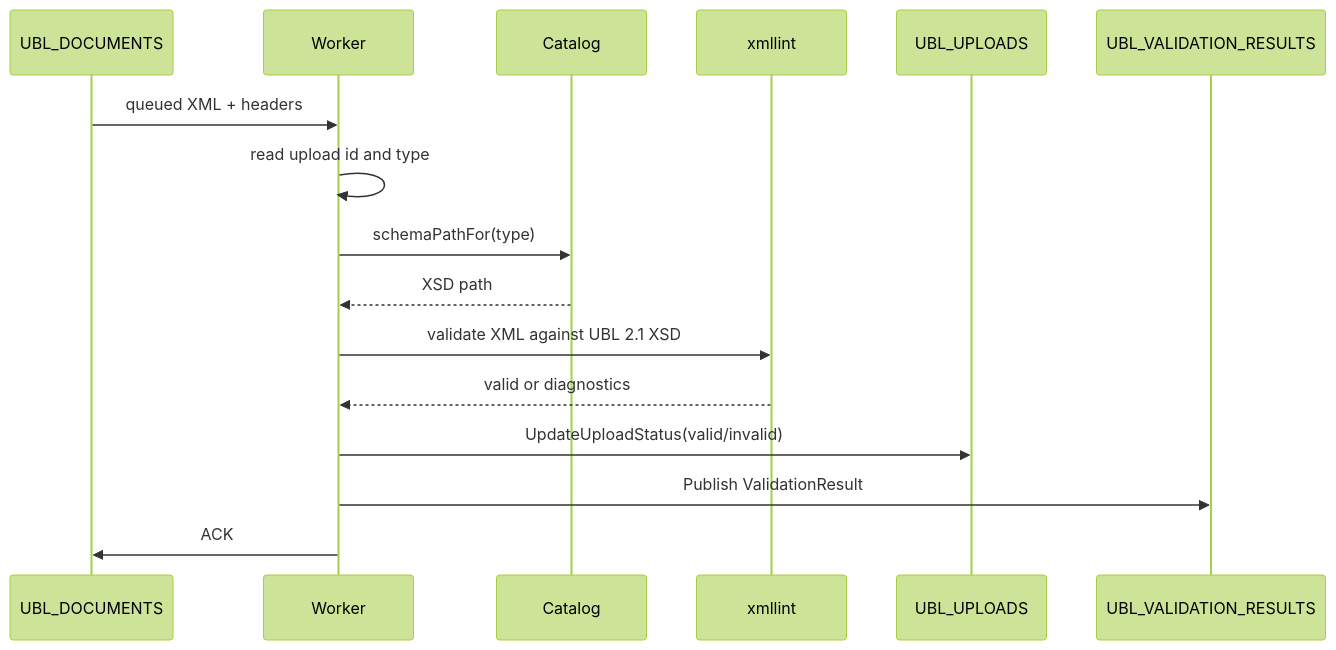
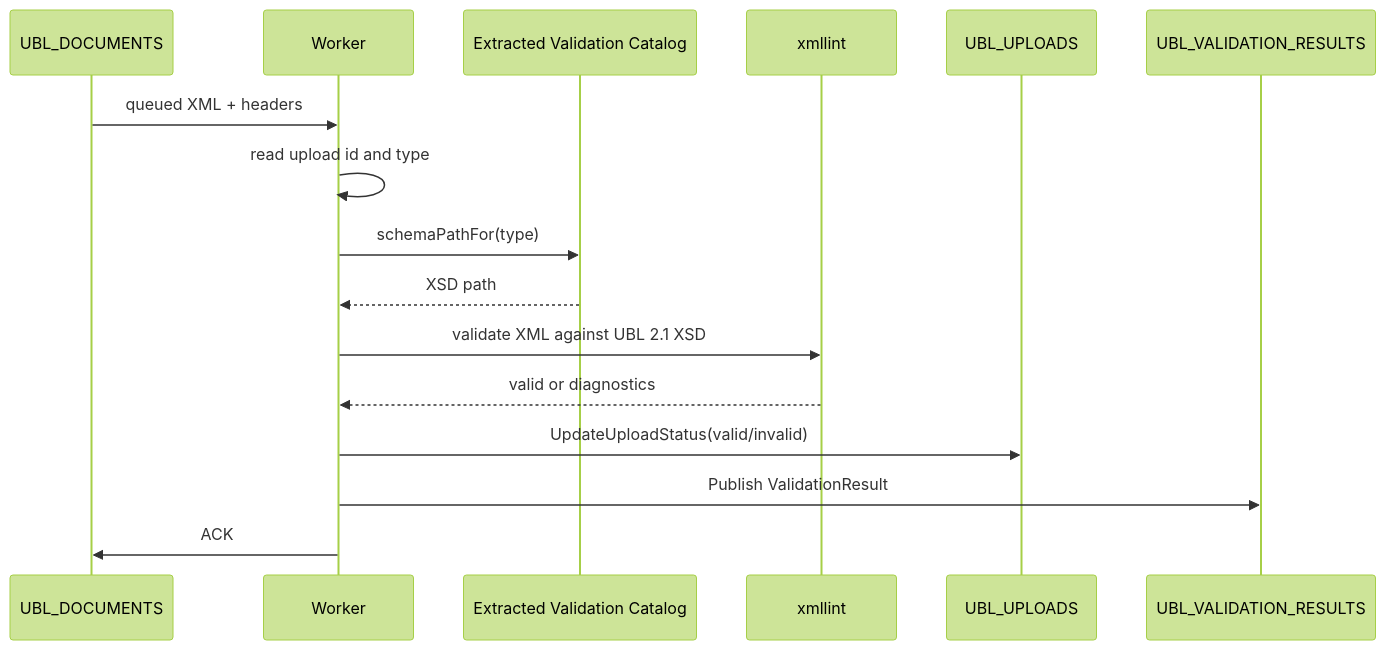
The third of 4 diagrams in SERVER-DATAFLOW-2026-08-24.md (PaddyFrenchman/e-ubl21), drawn with Mermaid (forest theme) before and after one commit. The commit also changed other lines of this file and 14 other files, not shown here.

````diff
--- a/SERVER-DATAFLOW-2026-08-24.md
+++ b/SERVER-DATAFLOW-2026-08-24.md
@@ -416,19 +416,19 @@
 ```mermaid
 sequenceDiagram
     participant JS as UBL_DOCUMENTS
     participant Worker
-    participant Catalog
+    participant Catalog as Extracted Validation Catalog
     participant xmllint
     participant KV as UBL_UPLOADS
     participant Results as UBL_VALIDATION_RESULTS
 
     JS->>Worker: queued XML + headers
     Worker->>Worker: read upload id and type
     Worker->>Catalog: schemaPathFor(type)
     Catalog-->>Worker: XSD path
     Worker->>xmllint: validate XML against UBL 2.1 XSD
     xmllint-->>Worker: valid or diagnostics
     Worker->>KV: UpdateUploadStatus(valid/invalid)
     Worker->>Results: Publish ValidationResult
     Worker->>JS: ACK
 ```
````
